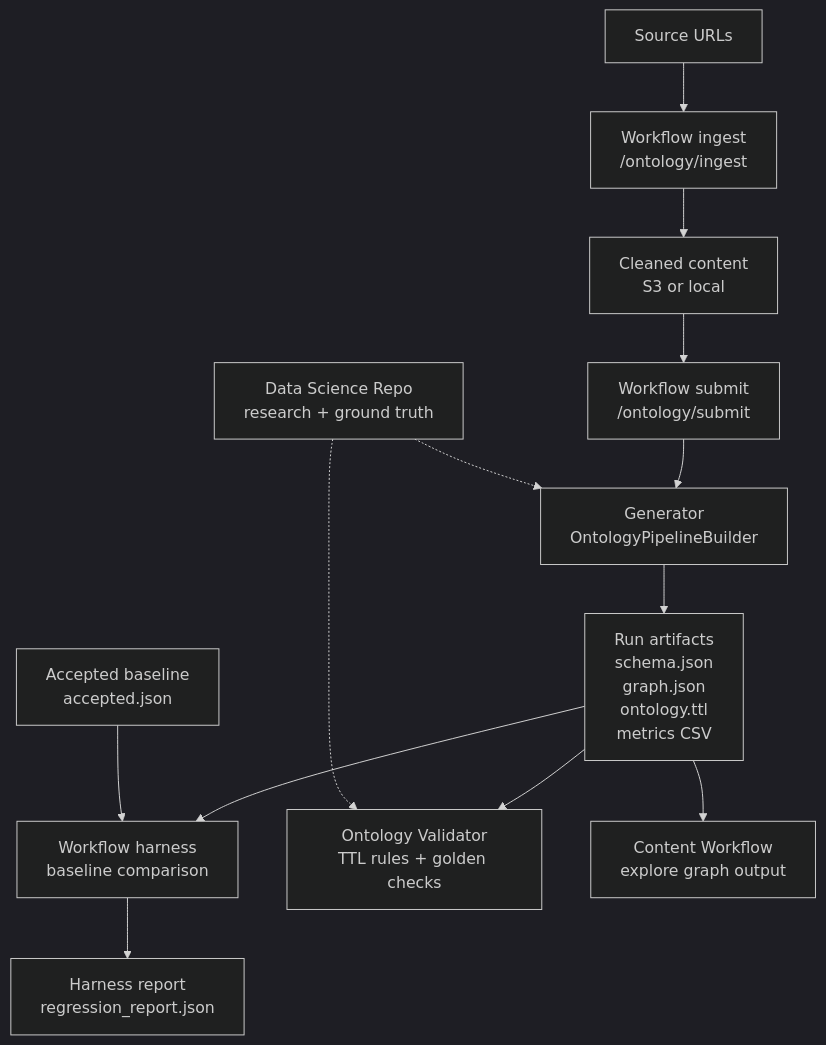
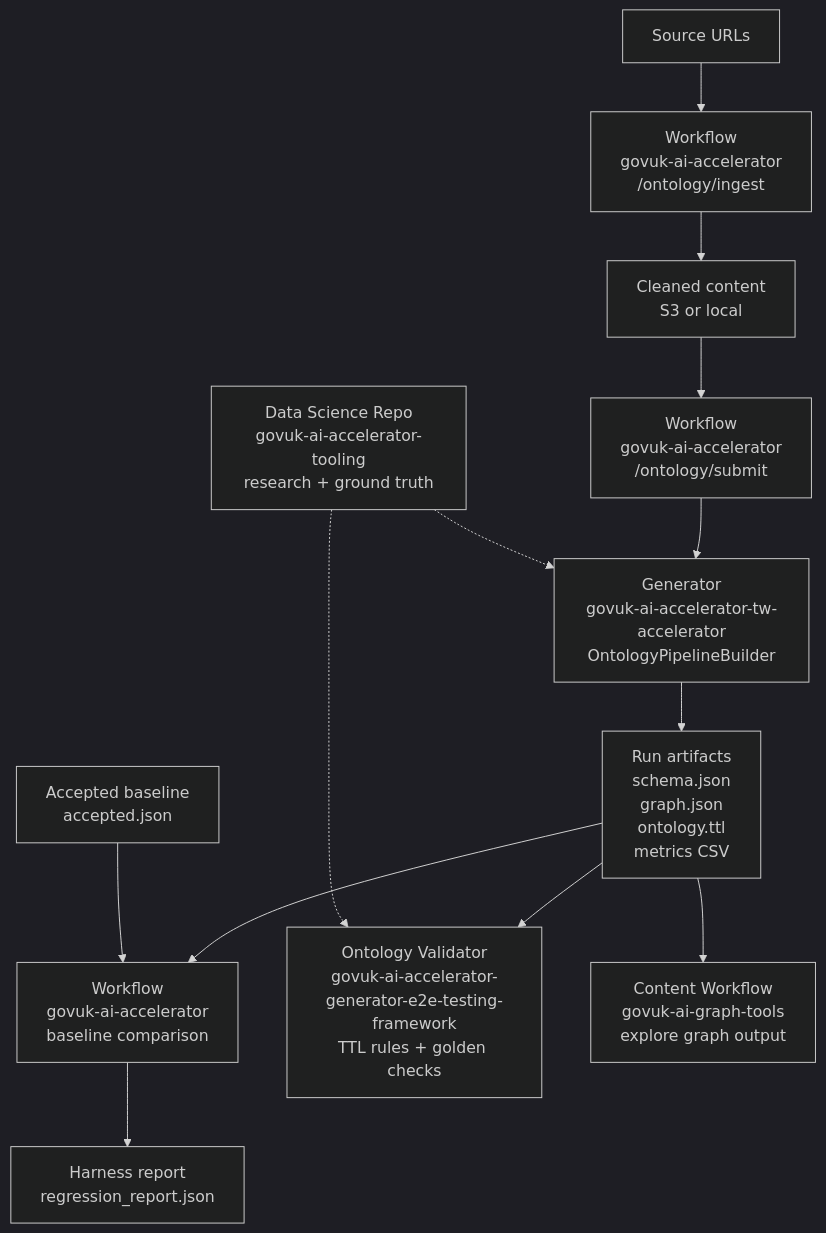
Before and after one commit to alphagov/govuk-ai-accelerator: the diagram in docs/architecture/cross-repo-integration.md, drawn with Mermaid (dark theme). The commit also changed other lines of this file, not shown here.

Commit message:
Refine cross-repo diagram labels

````diff
--- a/docs/architecture/cross-repo-integration.md
+++ b/docs/architecture/cross-repo-integration.md
@@ -21,28 +21,28 @@
 ```mermaid
 flowchart TD
     urls["Source URLs"]
-    ingest["Workflow ingest\n/ontology/ingest"]
+    ingest["Workflow\ngovuk-ai-accelerator\n/ontology/ingest"]
     cleaned["Cleaned content\nS3 or local"]
-    submit["Workflow submit\n/ontology/submit"]
-    dataScience["Data Science Repo\nresearch + ground truth"]
-    generator["Generator\nOntologyPipelineBuilder"]
+    submit["Workflow\ngovuk-ai-accelerator\n/ontology/submit"]
+    dataScience["Data Science Repo\ngovuk-ai-accelerator-tooling\nresearch + ground truth"]
+    generator["Generator\ngovuk-ai-accelerator-tw-accelerator\nOntologyPipelineBuilder"]
     artifacts["Run artifacts\nschema.json\ngraph.json\nontology.ttl\nmetrics CSV"]
     baseline["Accepted baseline\naccepted.json"]
-    harness["Workflow harness\nbaseline comparison"]
+    harness["Workflow\ngovuk-ai-accelerator\nbaseline comparison"]
     report["Harness report\nregression_report.json"]
-    validator["Ontology Validator\nTTL rules + golden checks"]
-    contentWorkflow["Content Workflow\nexplore graph output"]
+    validator["Ontology Validator\ngovuk-ai-accelerator-generator-e2e-testing-framework\nTTL rules + golden checks"]
+    contentWorkflow["Content Workflow\ngovuk-ai-graph-tools\nexplore graph output"]
 
     urls --> ingest
     ingest --> cleaned
     cleaned --> submit
     submit --> generator
     generator --> artifacts
     artifacts --> harness
     baseline --> harness
     harness --> report
     artifacts --> validator
     artifacts --> contentWorkflow
     dataScience -.-> generator
     dataScience -.-> validator
 ```
````
